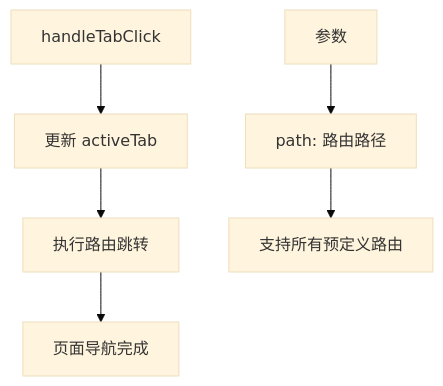
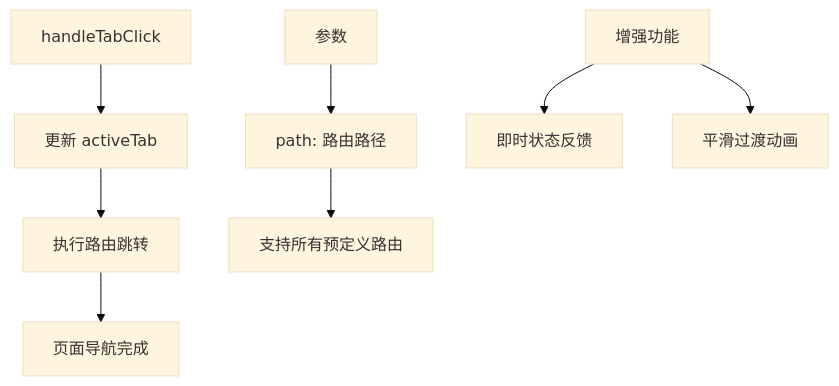
Before and after one commit to zhibo1997/government-dashboard: the seventh of 9 diagrams in .qoder/repowiki/zh/content/核心组件架构/仪表盘头部.md, drawn with Mermaid (base theme). The commit also changed other lines of this file and 28 other files, not shown here.

````diff
--- a/.qoder/repowiki/zh/content/核心组件架构/仪表盘头部.md
+++ b/.qoder/repowiki/zh/content/核心组件架构/仪表盘头部.md
@@ -252,8 +311,10 @@
 ```mermaid
 flowchart TD
 A[handleTabClick] --> B[更新 activeTab]
 B --> C[执行路由跳转]
 C --> D[页面导航完成]
 E[参数] --> F[path: 路由路径]
 F --> G[支持所有预定义路由]
+H[增强功能] --> I[即时状态反馈]
+H --> J[平滑过渡动画]
 ```
````
